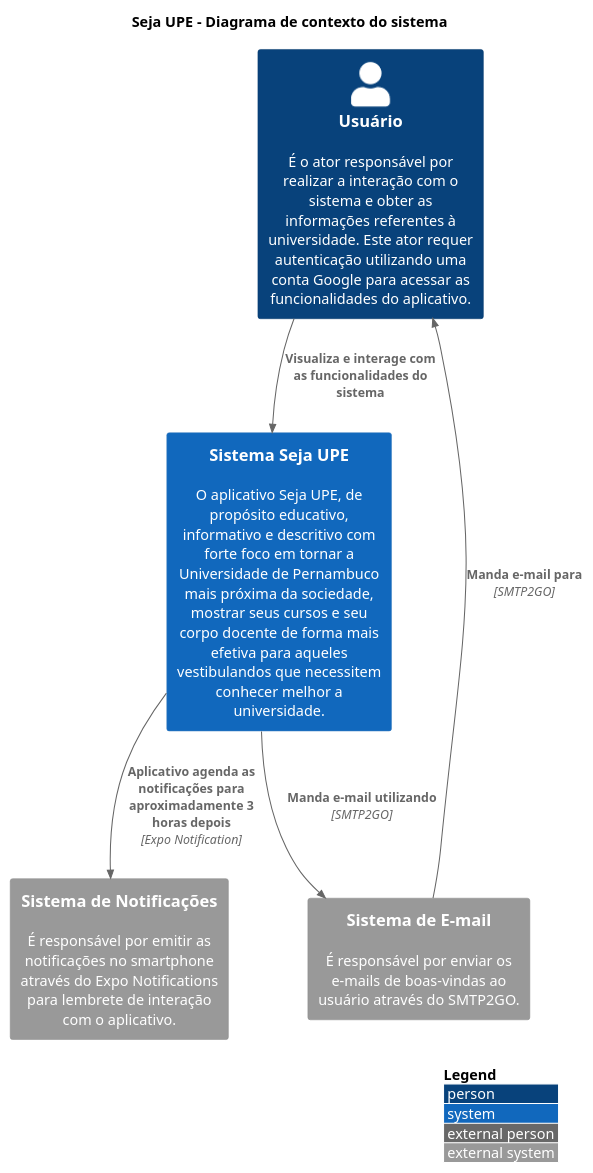
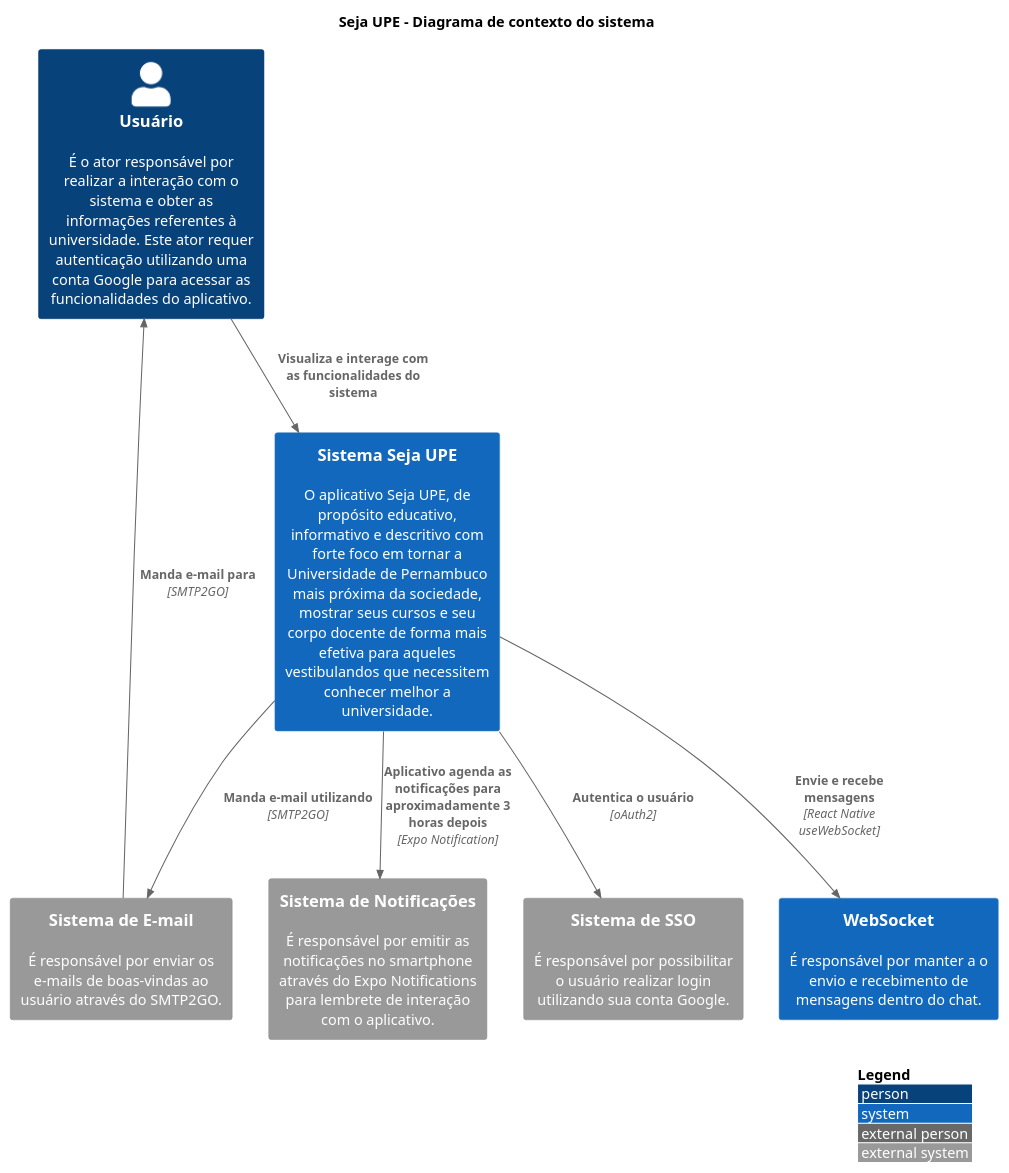
The diagram in src/context.puml (MurylloEx/Seja-UPE-Docs), drawn with PlantUML before and after one commit.

Commit message:
:sparkles: feat: improve system context diagram C1
add webSocket and oAuth2

```diff
--- a/src/context.puml
+++ b/src/context.puml
@@ -1,18 +1,22 @@
 @startuml Contexto
 !include https://raw.githubusercontent.com/adrianvlupu/C4-PlantUML/latest/C4_Context.puml
 
 LAYOUT_WITH_LEGEND()
 
 title "Seja UPE - Diagrama de contexto do sistema"
 
 Person(personUser, "Usuário", "É o ator responsável por realizar a interação com o sistema e obter as informações referentes à universidade. Este ator requer autenticação utilizando uma conta Google para acessar as funcionalidades do aplicativo.")
 System(systemSejaUPE, "Sistema Seja UPE", "O aplicativo Seja UPE, de propósito educativo, informativo e descritivo com forte foco em tornar a Universidade de Pernambuco mais próxima da sociedade, mostrar seus cursos e seu corpo docente de forma mais efetiva para aqueles vestibulandos que necessitem conhecer melhor a universidade.")
+System(systemWebSocket, "WebSocket", "É responsável por manter a o envio e recebimento de mensagens dentro do chat.")
 System_Ext(systemEmail, "Sistema de E-mail", "É responsável por enviar os e-mails de boas-vindas ao usuário através do SMTP2GO.")
 System_Ext(systemNotification, "Sistema de Notificações", "É responsável por emitir as notificações no smartphone através do Expo Notifications para lembrete de interação com o aplicativo.")
+System_Ext(systemOAuth2, "Sistema de SSO", "É responsável por possibilitar o usuário realizar login utilizando sua conta Google.")
 
 Rel(personUser, systemSejaUPE, "Visualiza e interage com as funcionalidades do sistema")
 Rel(systemEmail, personUser, "Manda e-mail para", "SMTP2GO")
 Rel(systemSejaUPE, systemEmail, "Manda e-mail utilizando", "SMTP2GO")
 Rel(systemSejaUPE, systemNotification, "Aplicativo agenda as notificações para aproximadamente 3 horas depois", "Expo Notification")
+Rel(systemSejaUPE, systemWebSocket, "Envie e recebe mensagens", "React Native useWebSocket")
+Rel(systemSejaUPE, systemOAuth2, "Autentica o usuário", "oAuth2")
 
 @enduml
```
